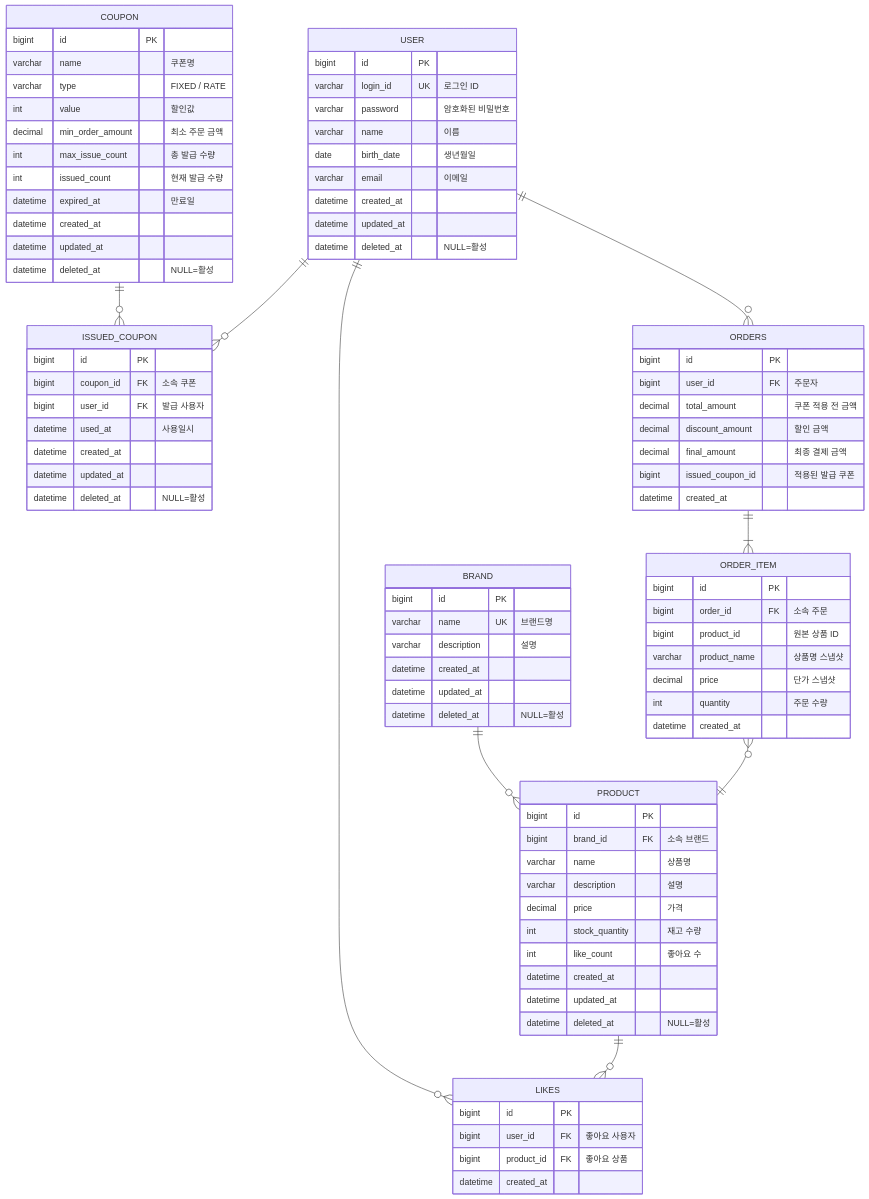
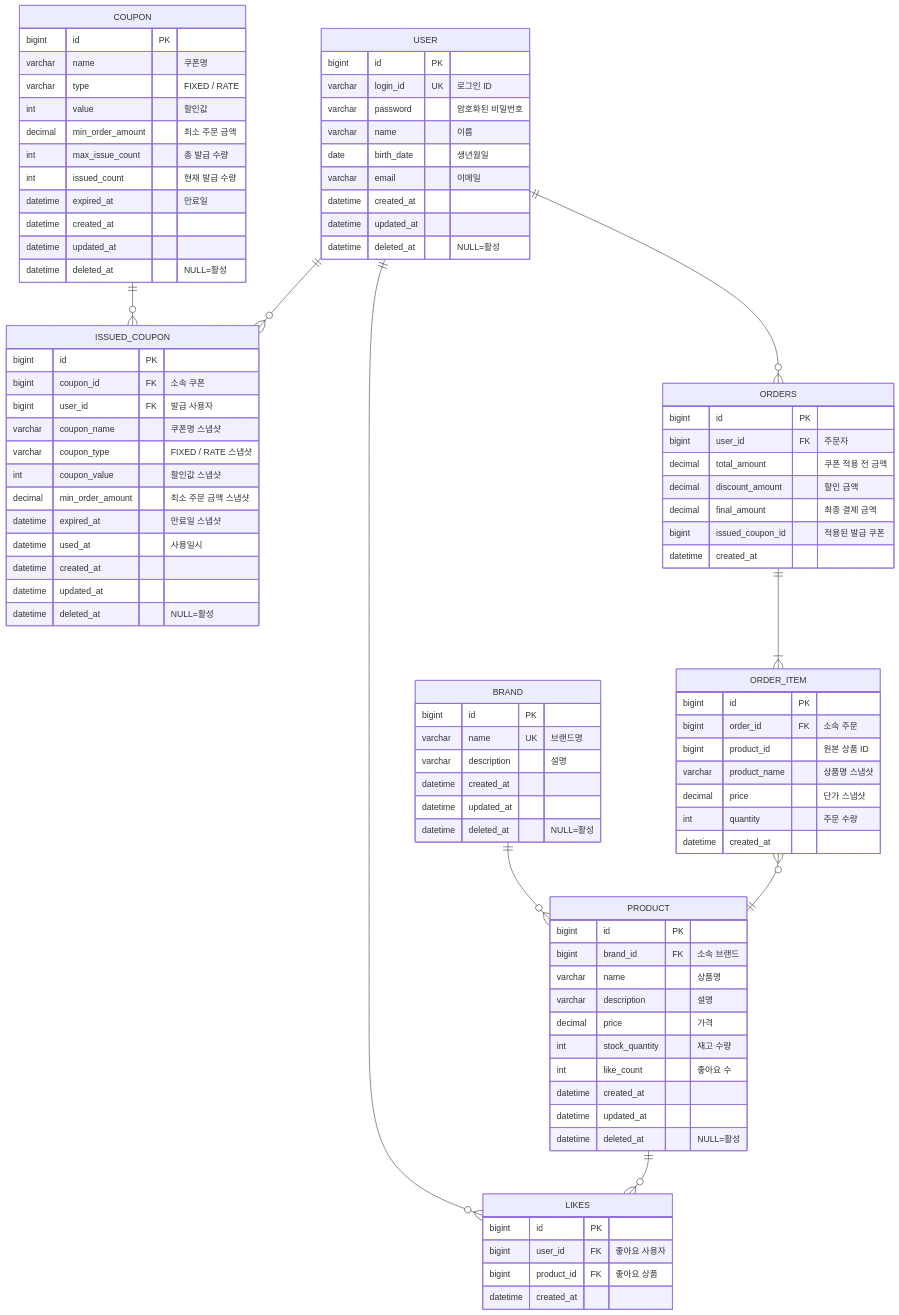
One commit to Loopers-dev-lab/loop-pack-be-l2-vol3-java changed the diagram in docs/design/erd.md. Above: the diagram before and after it, drawn with Mermaid. The commit also changed 12 other files, not shown here.

Commit message:
refactor: IssuedCoupon에 Coupon 스냅샷 필드 도입, OrderFacade CouponService 의존 제거

```diff
--- a/docs/design/erd.md
+++ b/docs/design/erd.md
@@ -66,6 +66,11 @@
         bigint id PK
         bigint coupon_id FK "소속 쿠폰"
         bigint user_id FK "발급 사용자"
+        varchar coupon_name "쿠폰명 스냅샷"
+        varchar coupon_type "FIXED / RATE 스냅샷"
+        int coupon_value "할인값 스냅샷"
+        decimal min_order_amount "최소 주문 금액 스냅샷"
+        datetime expired_at "만료일 스냅샷"
         datetime used_at "사용일시"
         datetime created_at
         datetime updated_at
```
